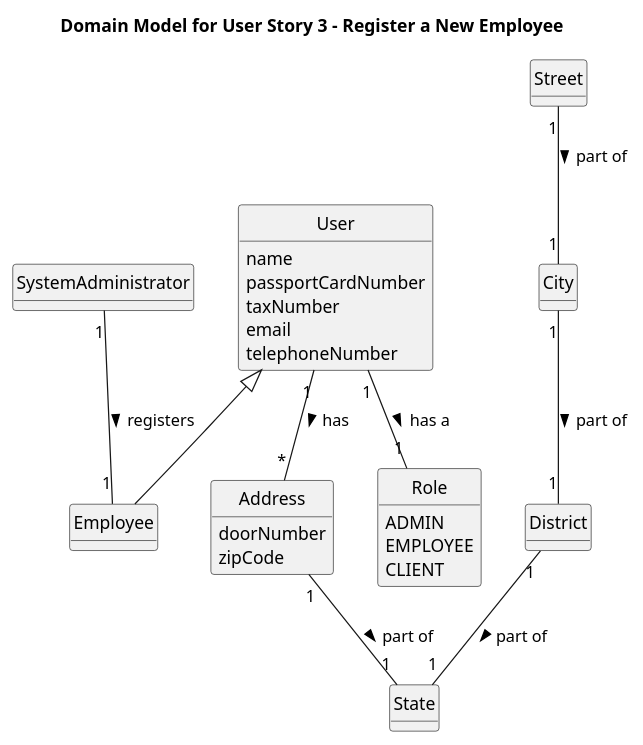
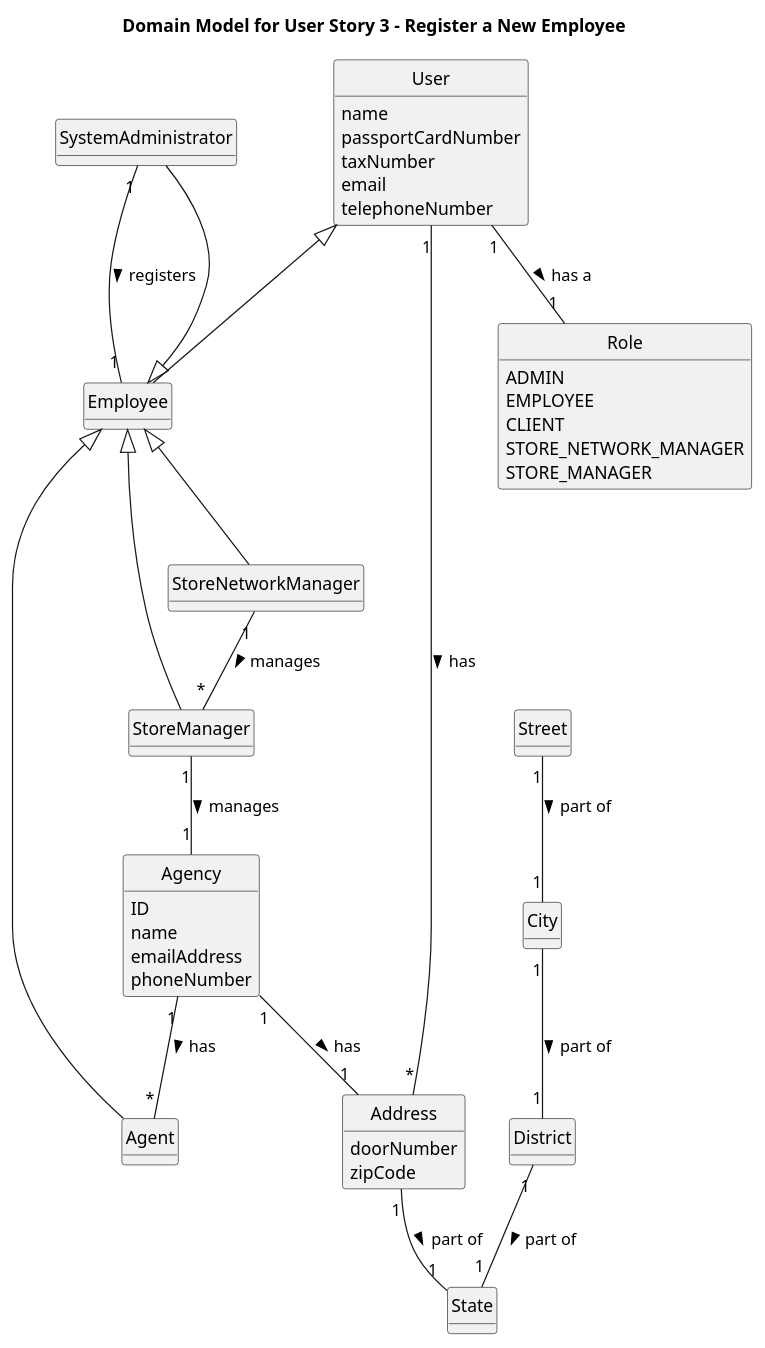
The diagram in docs/sprintB/us003/02.analysis/puml/us003-domain-model.puml (Goncalves2525/real-estate-management-system), drawn with PlantUML before and after one commit. The commit also changed 35 other files, not shown here.

```diff
--- a/docs/sprintB/us003/02.analysis/puml/us003-domain-model.puml
+++ b/docs/sprintB/us003/02.analysis/puml/us003-domain-model.puml
@@ -1,63 +1,85 @@
 @startuml
 skinparam monochrome true
 skinparam packageStyle rectangle
 skinparam shadowing false
 skinparam classAttributeIconSize 0
 hide circle
 hide methods
 
 'left to right direction
 
 skinparam classAttributeIconSize 0
 
 hide circle
 hide methods
 
 title Domain Model for User Story 3 - Register a New Employee
 
-class SystemAdministrator {
+class SystemAdministrator extends Employee{
+}
+
+class StoreManager extends Employee{
+}
+
+class StoreNetworkManager extends Employee{
+}
+
+class Agent extends Employee{
+}
+
+class Agency{
+    ID
+    name
+    emailAddress
+    phoneNumber
 }
 
 class User {
     name
     passportCardNumber
     taxNumber
     email
     telephoneNumber
 }
 
 class Employee extends User {
 }
 
 class Address {
     doorNumber
     zipCode
 }
 
 class Street {
 }
 
 class City {
 }
 
 class District {
 }
 
 class State {
 }
 
 class Role {
     ADMIN
     EMPLOYEE
     CLIENT
+    STORE_NETWORK_MANAGER
+    STORE_MANAGER
 }
 
 SystemAdministrator "1" -- "1" Employee: registers >
 User "1" -- "*" Address: has >
 User "1" -- "1" Role: has a >
 Address "1" -- "1" State: part of >
 Street "1" -- "1" City: part of >
 City "1" -- "1" District: part of >
 District "1" -- "1" State: part of >
+Agency "1" -- "1" Address: has >
+StoreNetworkManager "1" -- "*" StoreManager: manages >
+StoreManager "1" -- "1" Agency: manages >
+Agency "1" -- "*" Agent: has >
 
 @enduml
```
